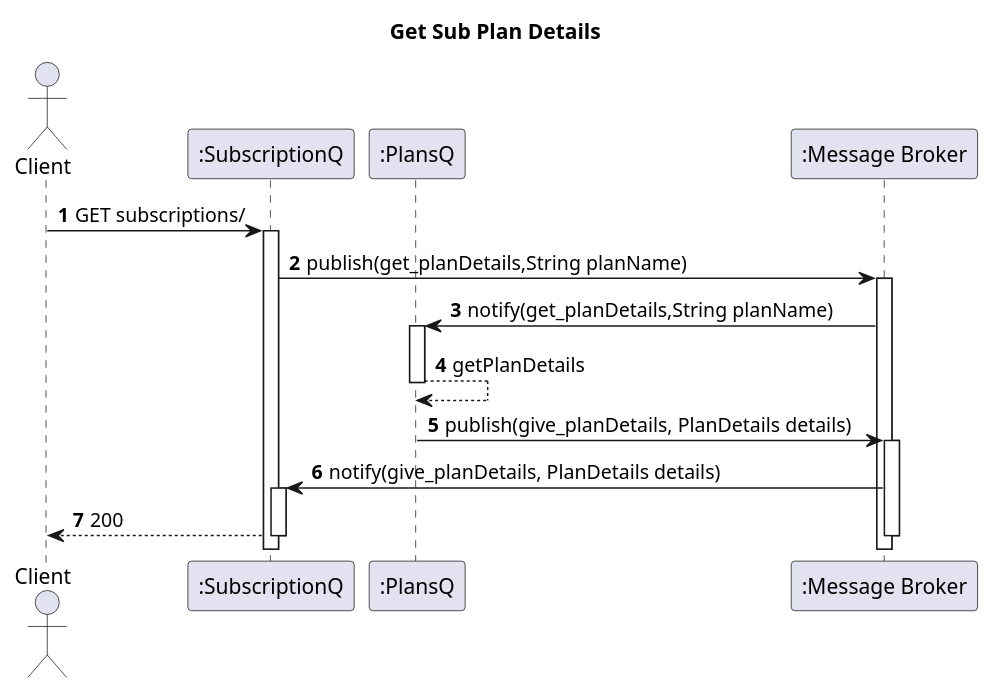
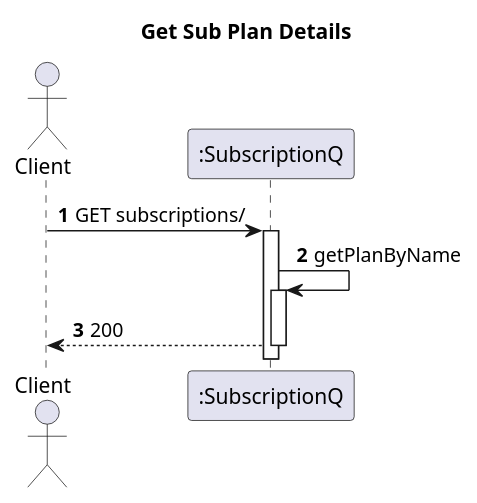
One commit to IsepMartimOliveira/SIDIS changed the diagram in docs_sidis/Segunda_Avalição/Subs/Vista Logica/N2/GetSubsPlanInfo.puml. Above: the diagram before and after it, drawn with PlantUML. The commit also changed 4 other files, not shown here.

Commit message:
cook some plan details interface manager

```diff
--- a/docs_sidis/Segunda_Avalição/Subs/Vista Logica/N2/GetSubsPlanInfo.puml
+++ b/docs_sidis/Segunda_Avalição/Subs/Vista Logica/N2/GetSubsPlanInfo.puml
@@ -1,27 +1,17 @@
 @startuml
 'https://plantuml.com/sequence-diagram
 autoactivate on
 autonumber
 title  Get Sub Plan Details
 
 autonumber
 
 actor "Client" as Ac
 
 participant ":SubscriptionQ" as SubC
-participant ":PlansQ" as SubQ
-participant ":Message Broker" as Broker
 
 Ac->SubC:GET subscriptions/
-
-SubC->Broker: publish(get_planDetails,String planName)
-
-Broker->SubQ:notify(get_planDetails,String planName)
-SubQ-->SubQ: getPlanDetails
-
-SubQ->Broker: publish(give_planDetails, PlanDetails details)
-Broker->SubC:notify(give_planDetails, PlanDetails details)
+SubC->SubC: getPlanByName
 SubC-->Ac:200
-deactivate Broker
 
 @enduml
```
